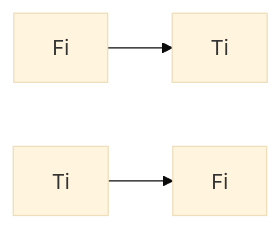
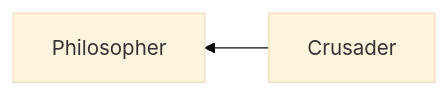
The diagram in src/site/notes/Digital Garden/Diagram.md (Heart4sides/DigitalGarden), drawn with Mermaid (base theme) before and after one commit.

Commit message:
Update note Digital Garden/Diagram.md

````diff
--- a/src/site/notes/Digital Garden/Diagram.md
+++ b/src/site/notes/Digital Garden/Diagram.md
@@ -6,11 +6,6 @@
 ```mermaid
-
-graph LR; 
-
-A[Fi] --> Ti
-B[Ti] --> Fi
-
-class A internal-link;
-class B internal-link;
-
+graph RL;  
+    Crusader-->B[Philosopher];
+    class A internal-link;
+    class B internal-link;
 ```
````
